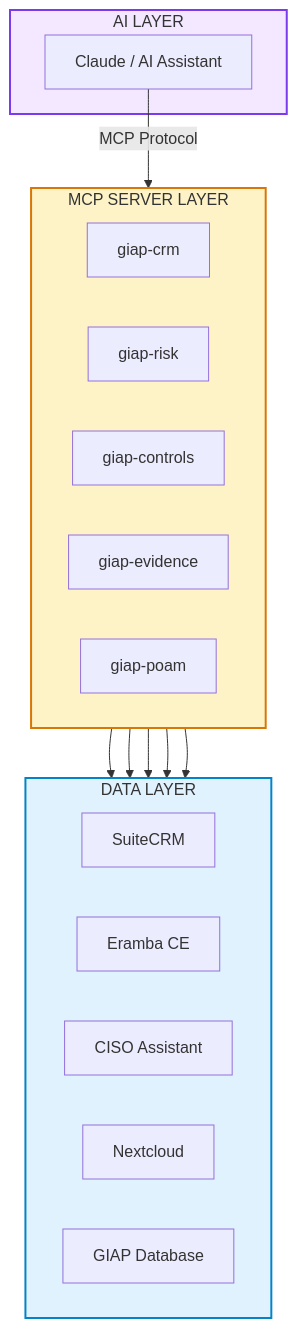
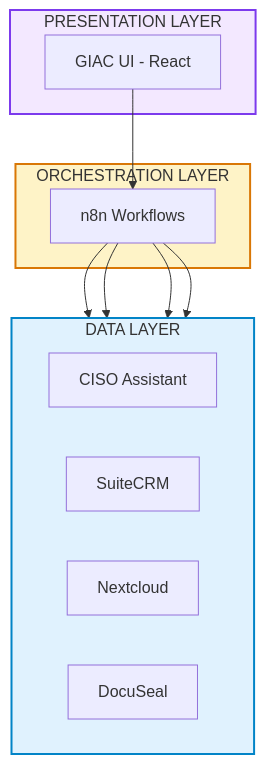
Before and after one commit to Pharns/portfolio: the second of 3 diagrams in docs/cybersecurity/giap.md, drawn with Mermaid. The commit also changed other lines of this file, not shown here.

First line of the commit message:
Consolidate GIAP to single-GRC architecture with CISO Assistant

````diff
--- a/docs/cybersecurity/giap.md
+++ b/docs/cybersecurity/giap.md
@@ -98,35 +105,28 @@
 ```mermaid
 flowchart TB
-    subgraph AI[AI LAYER]
-        CLAUDE[Claude / AI Assistant]
+    subgraph UI[PRESENTATION LAYER]
+        PORTAL[GIAC UI - React]
     end
 
-    subgraph MCP[MCP SERVER LAYER]
-        direction LR
-        M1[giap-crm]
-        M2[giap-risk]
-        M3[giap-controls]
-        M4[giap-evidence]
-        M5[giap-poam]
+    subgraph ORCH[ORCHESTRATION LAYER]
+        N8N[n8n Workflows]
     end
 
     subgraph DATA[DATA LAYER]
         direction LR
-        D1[SuiteCRM]
-        D2[Eramba CE]
-        D3[CISO Assistant]
-        D4[Nextcloud]
-        D5[GIAP Database]
+        CA[CISO Assistant]
+        CRM[SuiteCRM]
+        NC[Nextcloud]
+        DS[DocuSeal]
     end
 
-    CLAUDE -->|MCP Protocol| MCP
-    M1 --> D1
-    M2 --> D2
-    M3 --> D3
-    M4 --> D4
-    M5 --> D5
+    PORTAL --> N8N
+    N8N --> CA
+    N8N --> CRM
+    N8N --> NC
+    N8N --> DS
 
-    style AI fill:#f3e8ff,stroke:#7c3aed,stroke-width:2px
-    style MCP fill:#fef3c7,stroke:#d97706,stroke-width:2px
+    style UI fill:#f3e8ff,stroke:#7c3aed,stroke-width:2px
+    style ORCH fill:#fef3c7,stroke:#d97706,stroke-width:2px
     style DATA fill:#e0f2fe,stroke:#0284c7,stroke-width:2px
 ```
````
